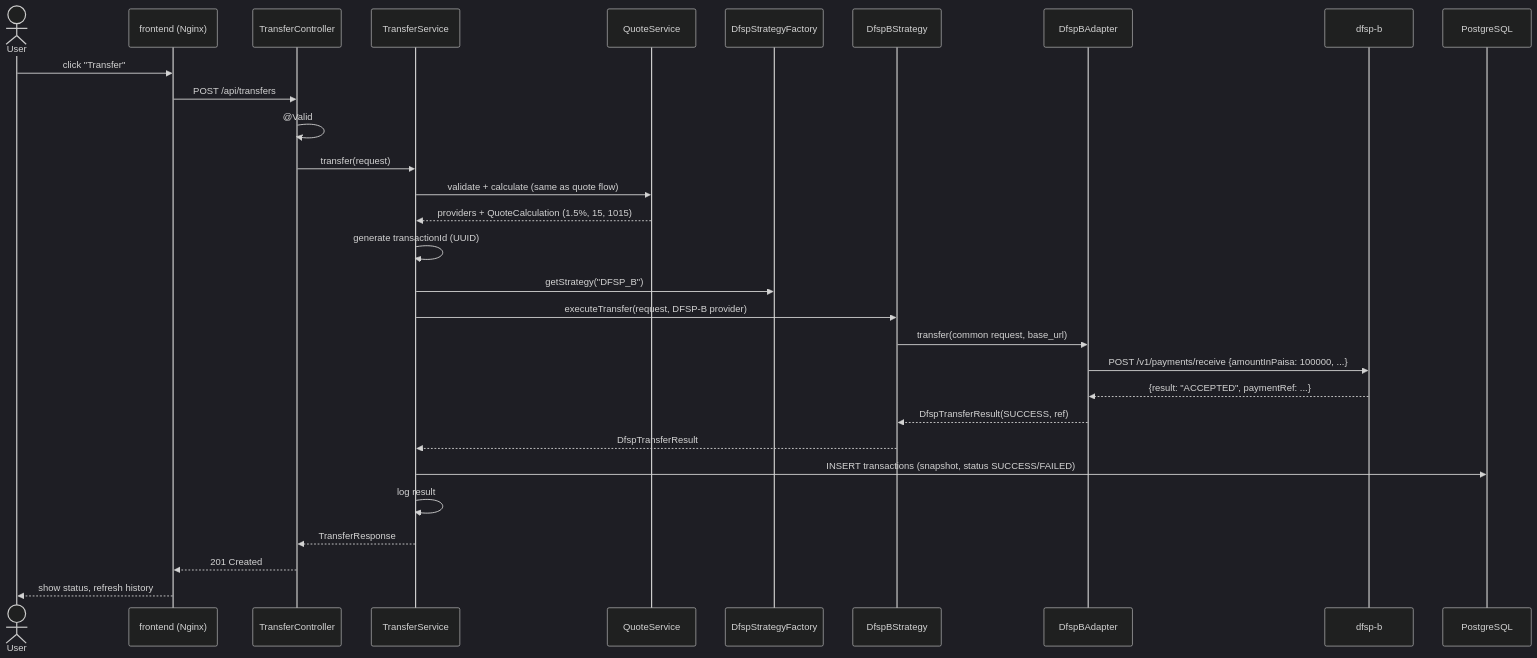
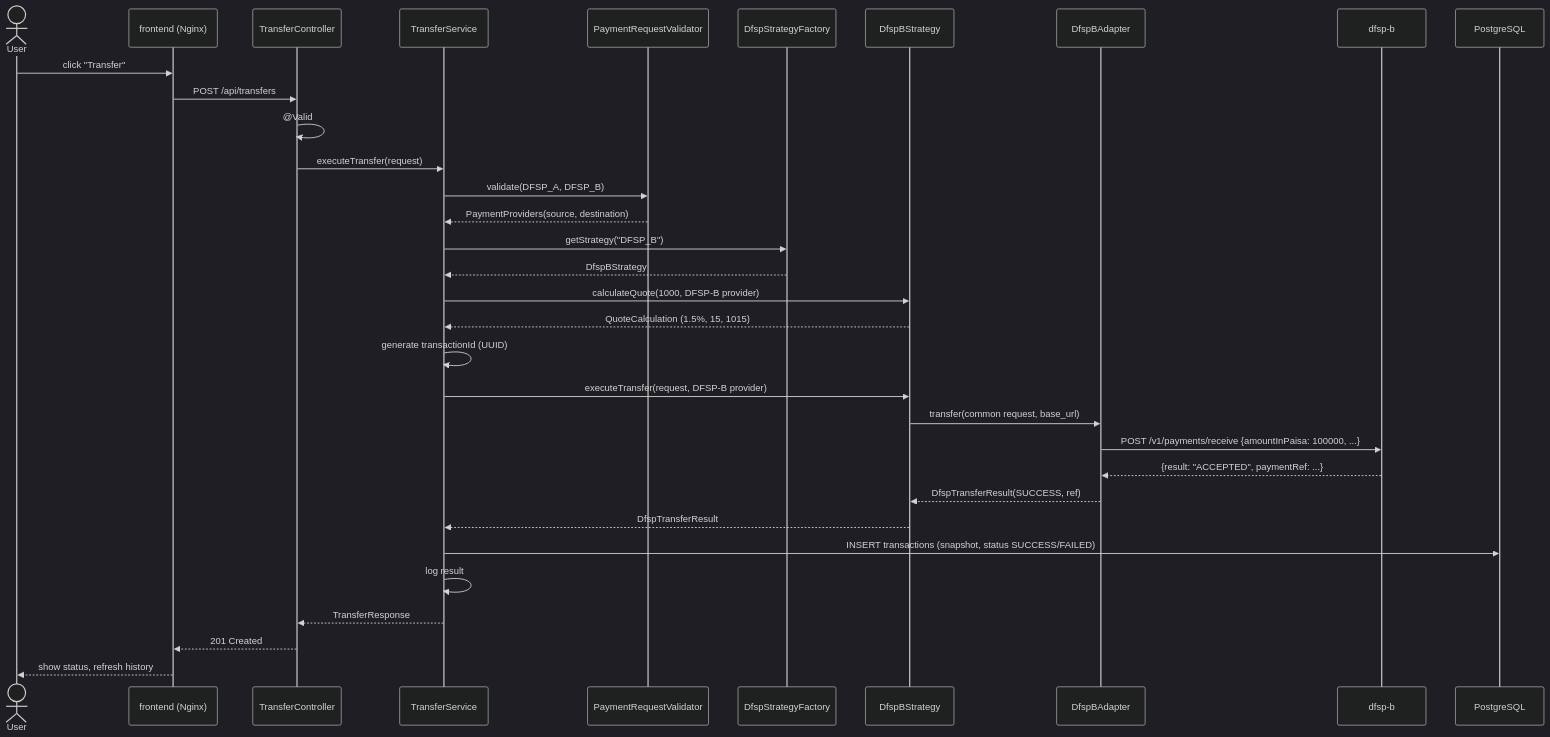
Before and after one commit to ProvaPaul/Mini-Payment-Router-Simulator: the fourth of 5 diagrams in docs/ARCHITECTURE.md, drawn with Mermaid (dark theme). The commit also changed other lines of this file and 7 other files, not shown here.

````diff
--- a/docs/ARCHITECTURE.md
+++ b/docs/ARCHITECTURE.md
@@ -370,33 +370,36 @@
 ```mermaid
 sequenceDiagram
     actor U as User
     participant FE as frontend (Nginx)
     participant TC as TransferController
     participant TS as TransferService
-    participant QS as QuoteService
+    participant PV as PaymentRequestValidator
     participant SF as DfspStrategyFactory
     participant ST as DfspBStrategy
     participant AD as DfspBAdapter
     participant D as dfsp-b
     participant DB as PostgreSQL
 
     U->>FE: click "Transfer"
     FE->>TC: POST /api/transfers
     TC->>TC: @Valid
-    TC->>TS: transfer(request)
-    TS->>QS: validate + calculate (same as quote flow)
-    QS-->>TS: providers + QuoteCalculation (1.5%, 15, 1015)
+    TC->>TS: executeTransfer(request)
+    TS->>PV: validate(DFSP_A, DFSP_B)
+    PV-->>TS: PaymentProviders(source, destination)
+    TS->>SF: getStrategy("DFSP_B")
+    SF-->>TS: DfspBStrategy
+    TS->>ST: calculateQuote(1000, DFSP-B provider)
+    ST-->>TS: QuoteCalculation (1.5%, 15, 1015)
     TS->>TS: generate transactionId (UUID)
-    TS->>SF: getStrategy("DFSP_B")
     TS->>ST: executeTransfer(request, DFSP-B provider)
     ST->>AD: transfer(common request, base_url)
     AD->>D: POST /v1/payments/receive {amountInPaisa: 100000, ...}
     D-->>AD: {result: "ACCEPTED", paymentRef: ...}
     AD-->>ST: DfspTransferResult(SUCCESS, ref)
     ST-->>TS: DfspTransferResult
     TS->>DB: INSERT transactions (snapshot, status SUCCESS/FAILED)
     TS->>TS: log result
     TS-->>TC: TransferResponse
     TC-->>FE: 201 Created
     FE-->>U: show status, refresh history
 ```
````
